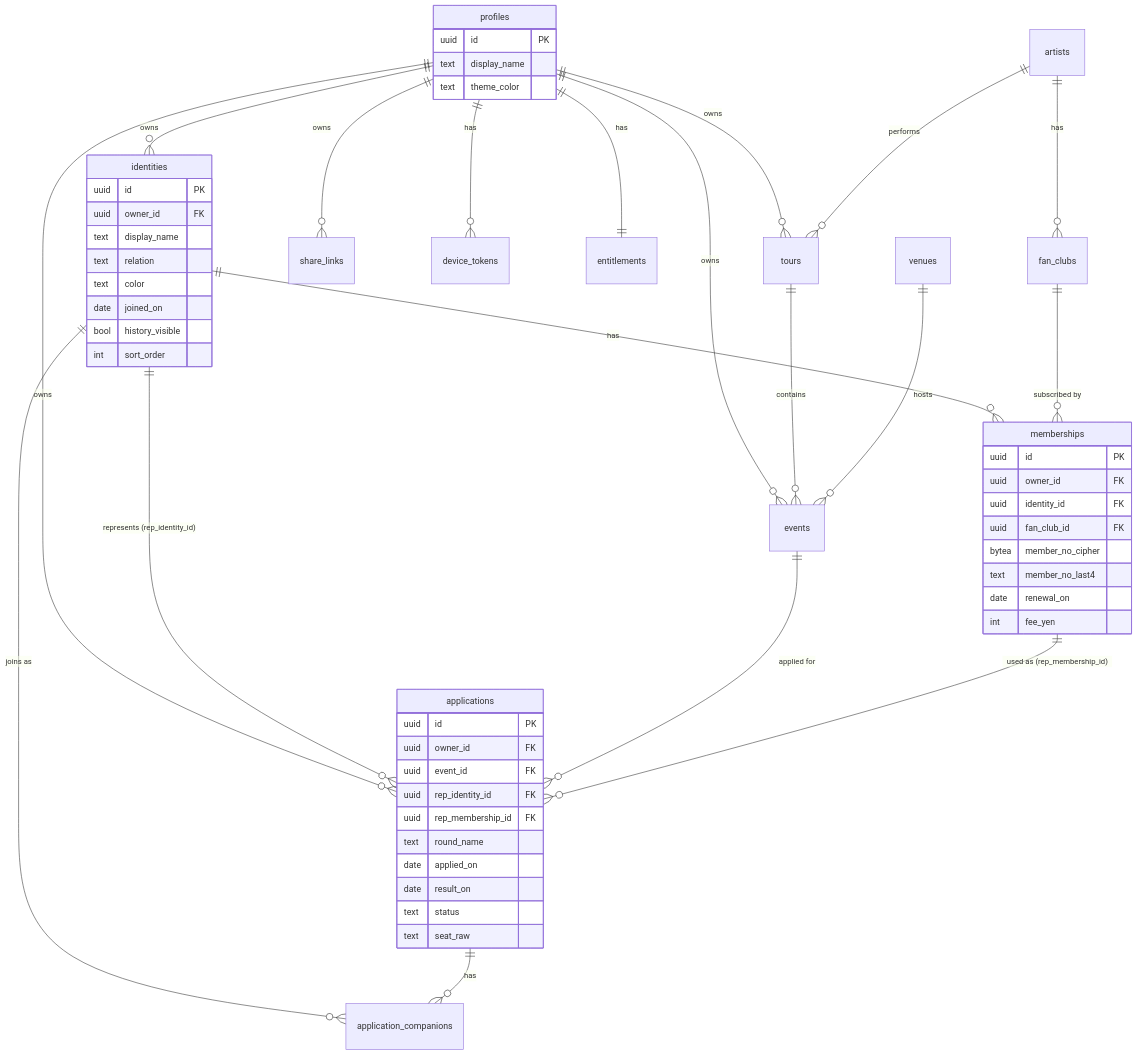
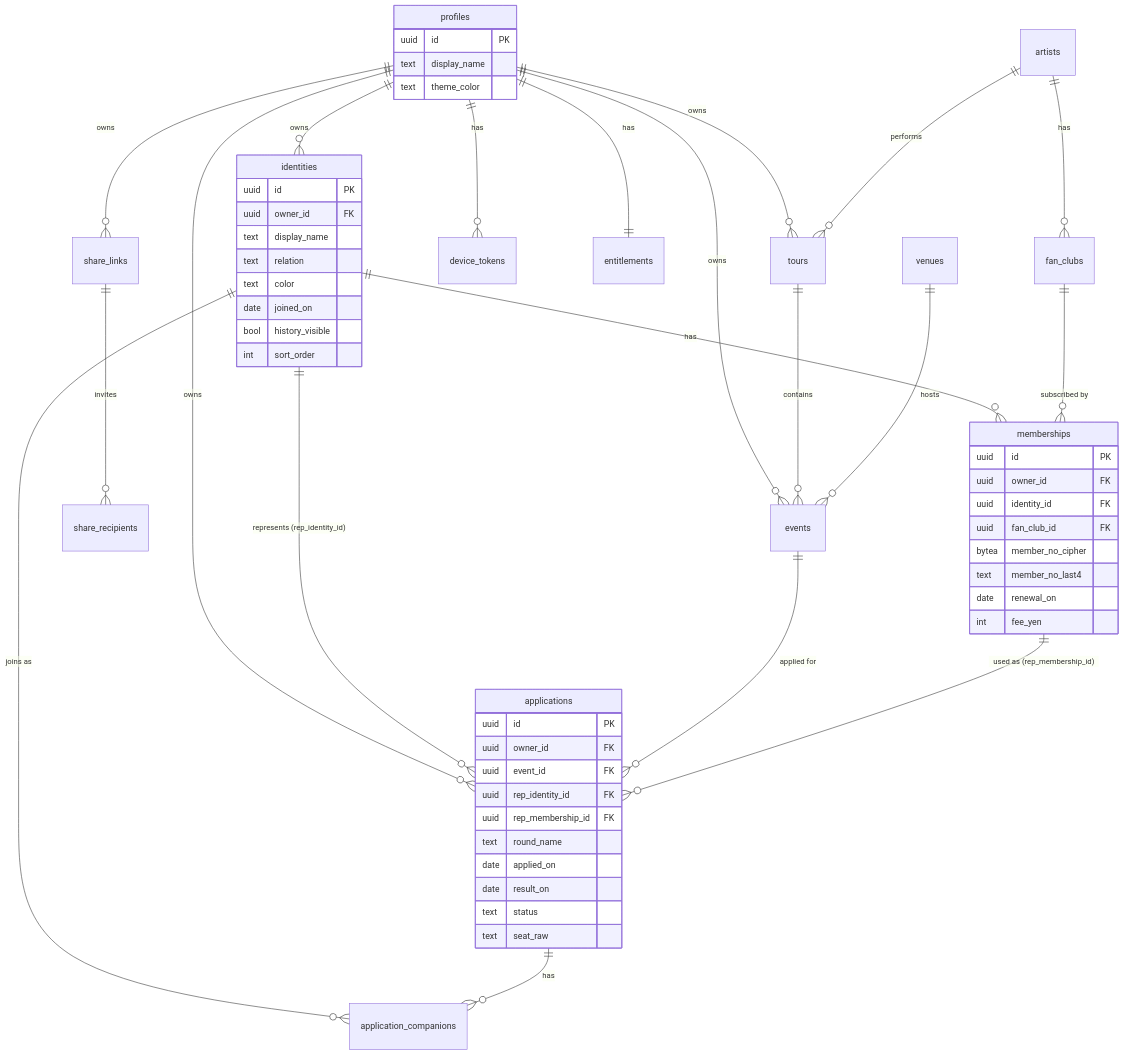
The diagram in docs/03-database.md (yumori59/otakuApp), drawn with Mermaid before and after one commit. The commit also changed other lines of this file and 5 other files, not shown here.

First line of the commit message:
docs(share-account-invites): sync docs 03/04/05/09 + CLAUDE.md + STATUS to implemented contract

````diff
--- a/docs/03-database.md
+++ b/docs/03-database.md
@@ -87,62 +88,63 @@
 ```mermaid
 erDiagram
     profiles ||--o{ identities : owns
     profiles ||--o{ tours : owns
     profiles ||--o{ events : owns
     profiles ||--o{ applications : owns
     profiles ||--o{ share_links : owns
+    share_links ||--o{ share_recipients : invites
     profiles ||--o{ device_tokens : has
     profiles ||--|| entitlements : has
 
     identities ||--o{ memberships : has
     identities ||--o{ applications : "represents (rep_identity_id)"
     identities ||--o{ application_companions : "joins as"
 
     artists ||--o{ fan_clubs : has
     artists ||--o{ tours : "performs"
     fan_clubs ||--o{ memberships : "subscribed by"
 
     tours ||--o{ events : contains
     venues ||--o{ events : "hosts"
     events ||--o{ applications : "applied for"
     applications ||--o{ application_companions : has
     memberships ||--o{ applications : "used as (rep_membership_id)"
 
     profiles {
         uuid id PK
         text display_name
         text theme_color
     }
     identities {
         uuid id PK
         uuid owner_id FK
         text display_name
         text relation
         text color
         date joined_on
         bool history_visible
         int sort_order
     }
     memberships {
         uuid id PK
         uuid owner_id FK
         uuid identity_id FK
         uuid fan_club_id FK
         bytea member_no_cipher
         text member_no_last4
         date renewal_on
         int fee_yen
     }
     applications {
         uuid id PK
         uuid owner_id FK
         uuid event_id FK
         uuid rep_identity_id FK
         uuid rep_membership_id FK
         text round_name
         date applied_on
         date result_on
         text status
         text seat_raw
     }
 ```
````
